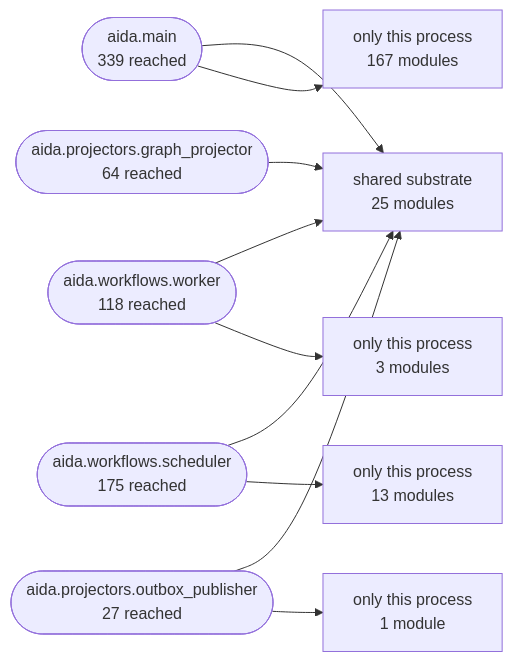
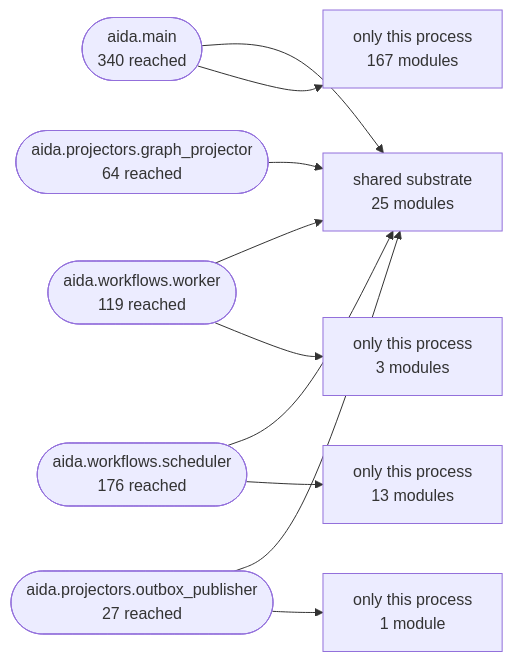
Before and after one commit to karuppusamym/AIDataAnalyst: the second of 3 diagrams in Docs/10-architecture/14-generated-architecture-map.md, drawn with Mermaid. The commit also changed other lines of this file and 10 other files, not shown here.

First line of the commit message:
Push a discovery selection's schema scope into PostgreSQL and SQL Server queries (R11-FP01)

````diff
--- a/Docs/10-architecture/14-generated-architecture-map.md
+++ b/Docs/10-architecture/14-generated-architecture-map.md
@@ -173,22 +173,22 @@
 ```mermaid
 graph LR
   shared["shared substrate<br/>25 modules"]
-  aida_main(["aida.main<br/>339 reached"])
-  aida_workflows_worker(["aida.workflows.worker<br/>118 reached"])
-  aida_workflows_scheduler(["aida.workflows.scheduler<br/>175 reached"])
+  aida_main(["aida.main<br/>340 reached"])
+  aida_workflows_worker(["aida.workflows.worker<br/>119 reached"])
+  aida_workflows_scheduler(["aida.workflows.scheduler<br/>176 reached"])
   aida_projectors_graph_projector(["aida.projectors.graph_projector<br/>64 reached"])
   aida_projectors_outbox_publisher(["aida.projectors.outbox_publisher<br/>27 reached"])
   aida_main --> shared
   only_aida_main["only this process<br/>167 modules"]
   aida_main --> only_aida_main
   aida_workflows_worker --> shared
   only_aida_workflows_worker["only this process<br/>3 modules"]
   aida_workflows_worker --> only_aida_workflows_worker
   aida_workflows_scheduler --> shared
   only_aida_workflows_scheduler["only this process<br/>13 modules"]
   aida_workflows_scheduler --> only_aida_workflows_scheduler
   aida_projectors_graph_projector --> shared
   aida_projectors_outbox_publisher --> shared
   only_aida_projectors_outbox_publisher["only this process<br/>1 module"]
   aida_projectors_outbox_publisher --> only_aida_projectors_outbox_publisher
 ```
````
